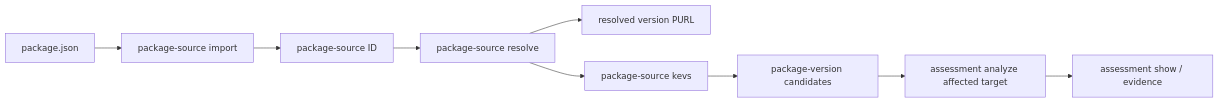
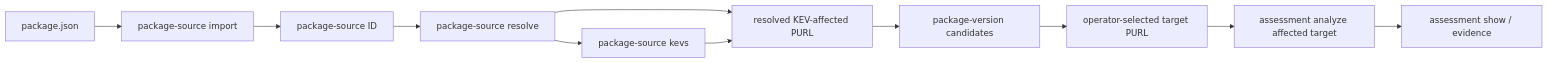
The diagram in night-vision/docs/rfds/0004-nvdb-demo-workflow.md (mitre/hipcheck), drawn with Mermaid before and after one commit. The commit also changed other lines of this file, not shown here.

````diff
--- a/night-vision/docs/rfds/0004-nvdb-demo-workflow.md
+++ b/night-vision/docs/rfds/0004-nvdb-demo-workflow.md
@@ -80,11 +84,13 @@
 ```mermaid
 flowchart LR
     source[package.json] --> import[package-source import]
     import --> id[package-source ID]
     id --> resolve[package-source resolve]
-    resolve --> purl[resolved version PURL]
+    resolve --> baseline[resolved KEV-affected PURL]
     resolve --> kevs[package-source kevs]
-    kevs --> candidates[package-version candidates]
-    candidates --> assessment[assessment analyze affected target]
+    kevs --> baseline
+    baseline --> candidates[package-version candidates]
+    candidates --> target[operator-selected target PURL]
+    target --> assessment[assessment analyze affected target]
     assessment --> evidence[assessment show / evidence]
 ```
````
